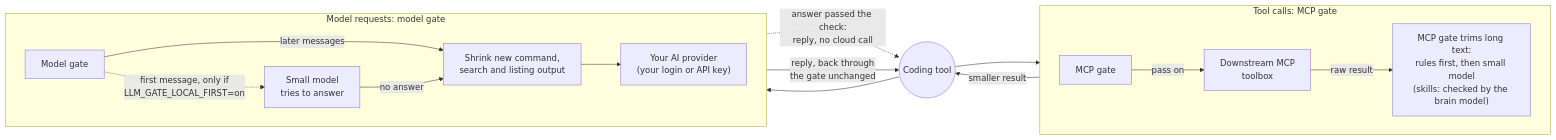
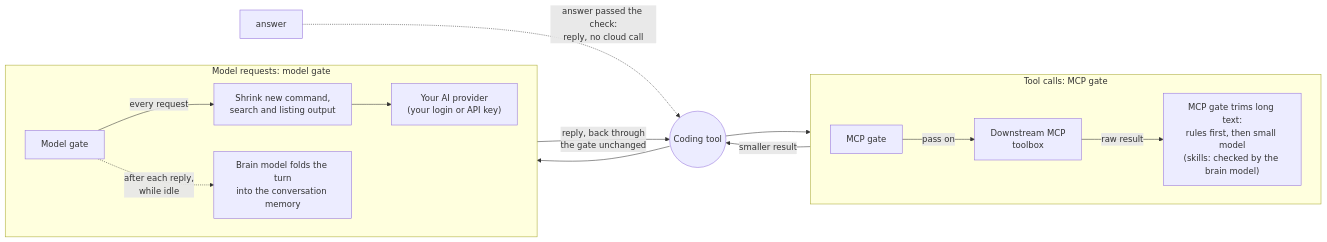
One commit to zenithfoundry/slm-gate changed the first of 5 diagrams in README.md. Above: the diagram before and after it, drawn with Mermaid. The commit also changed other lines of this file and 13 other files, not shown here.

Commit message:
docs: the model gate never answers a request itself

````diff
--- a/README.md
+++ b/README.md
@@ -100,24 +100,23 @@
 ```mermaid
 flowchart LR
   tool(("Coding tool"))
 
   subgraph mcpRow["Tool calls: MCP gate"]
     direction LR
     mcp["MCP gate"] -->|"pass on"| toolbox["Downstream MCP<br/>toolbox"]
     toolbox -->|"raw result"| trim["MCP gate trims long text:<br/>rules first, then small model<br/>(skills: checked by the brain model)"]
   end
 
   subgraph llmRow["Model requests: model gate"]
     direction LR
-    llm["Model gate"] -.->|"first message, only if<br/>LLM_GATE_LOCAL_FIRST=on"| answer["Small model<br/>tries to answer"]
-    llm -->|"later messages"| shrink["Shrink new command,<br/>search and listing output"]
-    answer -->|"no answer"| shrink
+    llm["Model gate"] -->|"every request"| shrink["Shrink new command,<br/>search and listing output"]
+    llm -.->|"after each reply,<br/>while idle"| memory["Brain model folds the turn<br/>into the conversation memory"]
     shrink --> cloud["Your AI provider<br/>(your login or API key)"]
   end
 
   tool --> mcp
   trim -->|"smaller result"| tool
   tool --> llm
   answer -.->|"answer passed the check:<br/>reply, no cloud call"| tool
   cloud -->|"reply, back through<br/>the gate unchanged"| tool
 ```
````
